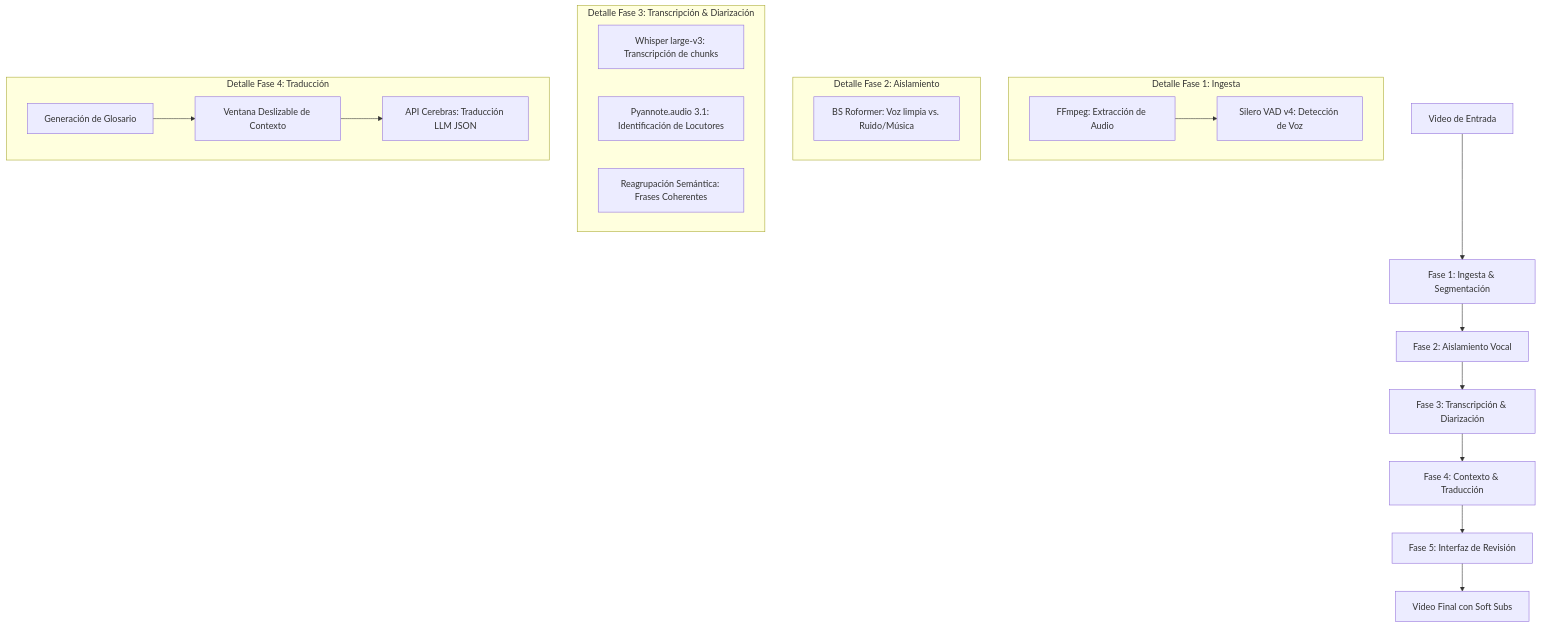
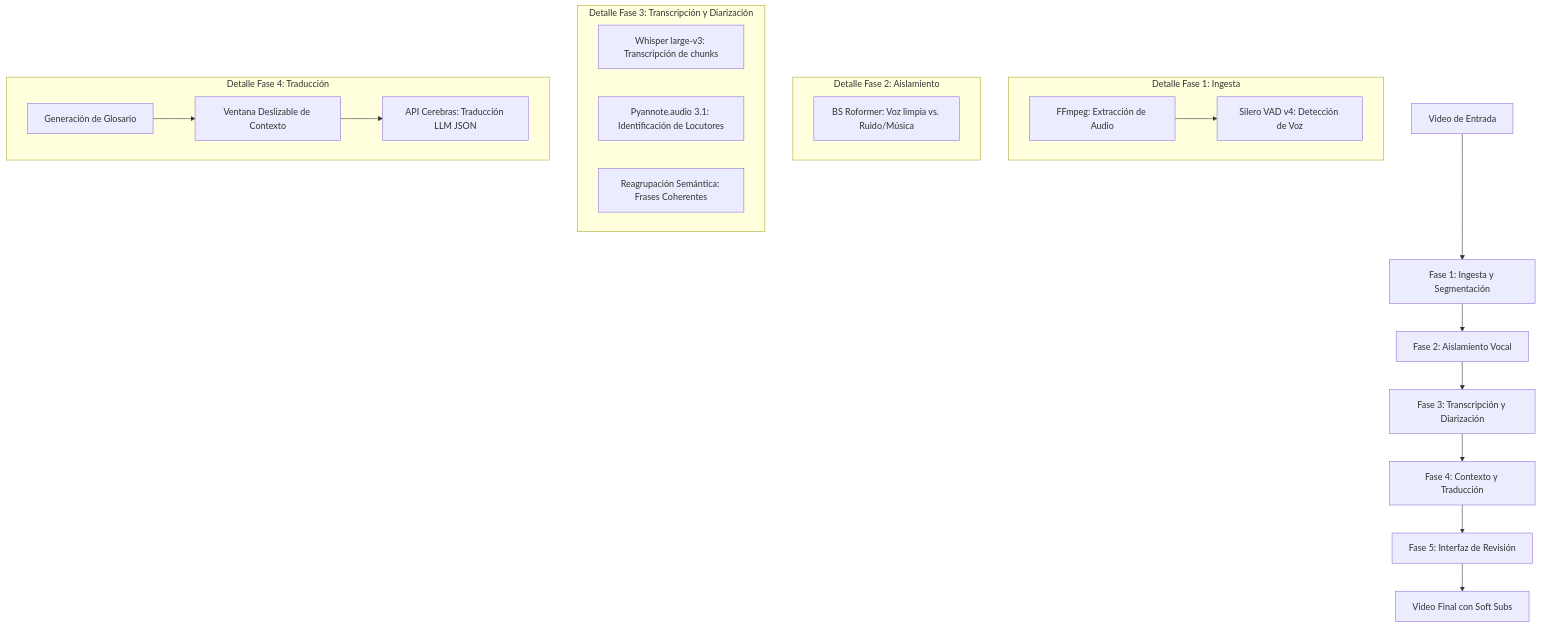
Before and after one commit to VictorCodificando/AutoSub-AI: the diagram in docs/arquitectura/pipeline_procesamiento.md, drawn with Mermaid.

Commit message:
fix: mermaid flowchart

````diff
--- a/docs/arquitectura/pipeline_procesamiento.md
+++ b/docs/arquitectura/pipeline_procesamiento.md
@@ -13,28 +13,28 @@
 ```mermaid
-graph TD
-    A["Video de Entrada"] --> B["Fase 1: Ingesta & Segmentación"]
+flowchart TD
+    A["Video de Entrada"] --> B["Fase 1: Ingesta y Segmentación"]
     B --> C["Fase 2: Aislamiento Vocal"]
-    C --> D["Fase 3: Transcripción & Diarización"]
-    D --> E["Fase 4: Contexto & Traducción"]
+    C --> D["Fase 3: Transcripción y Diarización"]
+    D --> E["Fase 4: Contexto y Traducción"]
     E --> F["Fase 5: Interfaz de Revisión"]
     F --> G["Video Final con Soft Subs"]
 
-    subgraph "Detalle Fase 1: Ingesta"
+    subgraph SF1 ["Detalle Fase 1: Ingesta"]
         B1["FFmpeg: Extracción de Audio"] --> B2["Silero VAD v4: Detección de Voz"]
     end
 
-    subgraph "Detalle Fase 2: Aislamiento"
+    subgraph SF2 ["Detalle Fase 2: Aislamiento"]
         C1["BS Roformer: Voz limpia vs. Ruido/Música"]
     end
 
-    subgraph "Detalle Fase 3: Transcripción & Diarización"
+    subgraph SF3 ["Detalle Fase 3: Transcripción y Diarización"]
         D1["Whisper large-v3: Transcripción de chunks"]
         D2["Pyannote.audio 3.1: Identificación de Locutores"]
         D3["Reagrupación Semántica: Frases Coherentes"]
     end
 
-    subgraph "Detalle Fase 4: Traducción"
+    subgraph SF4 ["Detalle Fase 4: Traducción"]
         E1["Generación de Glosario"] --> E2["Ventana Deslizable de Contexto"]
         E2 --> E3["API Cerebras: Traducción LLM JSON"]
     end
 ```
````
